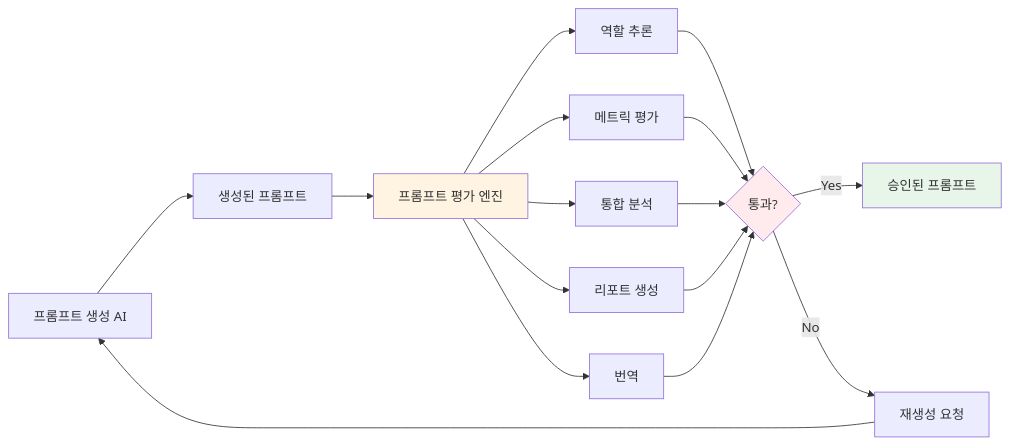
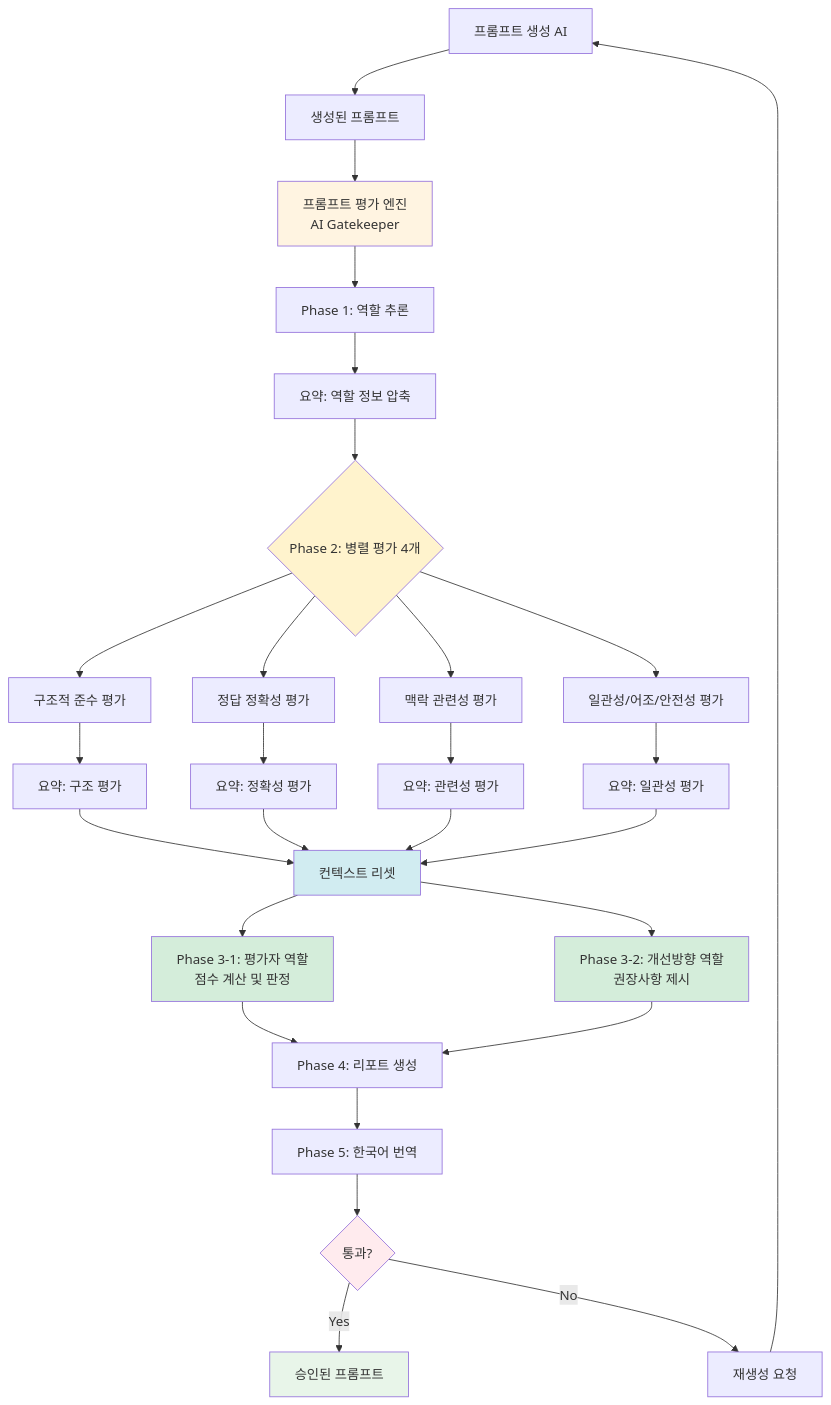
One commit to moobaek/Testing_AI_agents_for_public_use changed the eighth of 14 diagrams in portfolio/portfolio_docs/Architecture_Overview.md. Above: the diagram before and after it, drawn with Mermaid. The commit also changed other lines of this file and 48 other files, not shown here.

````diff
--- a/portfolio/portfolio_docs/Architecture_Overview.md
+++ b/portfolio/portfolio_docs/Architecture_Overview.md
@@ -876,24 +906,44 @@
 ```mermaid
-graph LR
+graph TB
     A[프롬프트 생성 AI] --> B[생성된 프롬프트]
-    B --> C[프롬프트 평가 엔진]
-    C --> D[역할 추론]
-    C --> E[메트릭 평가]
-    C --> F[통합 분석]
-    C --> G[리포트 생성]
-    C --> H[번역]
+    B --> C[프롬프트 평가 엔진<br/>AI Gatekeeper]
     
-    D --> I{통과?}
-    E --> I
-    F --> I
-    G --> I
-    H --> I
+    C --> D[Phase 1: 역할 추론]
+    D --> D1[요약: 역할 정보 압축]
     
-    I -->|Yes| J[승인된 프롬프트]
-    I -->|No| K[재생성 요청]
-    K --> A
+    D1 --> E{Phase 2: 병렬 평가 4개}
+    E --> E1[구조적 준수 평가]
+    E --> E2[정답 정확성 평가]
+    E --> E3[맥락 관련성 평가]
+    E --> E4[일관성/어조/안전성 평가]
+    
+    E1 --> F1[요약: 구조 평가]
+    E2 --> F2[요약: 정확성 평가]
+    E3 --> F3[요약: 관련성 평가]
+    E4 --> F4[요약: 일관성 평가]
+    
+    F1 --> G[컨텍스트 리셋]
+    F2 --> G
+    F3 --> G
+    F4 --> G
+    
+    G --> H[Phase 3-1: 평가자 역할<br/>점수 계산 및 판정]
+    G --> I[Phase 3-2: 개선방향 역할<br/>권장사항 제시]
+    
+    H --> J[Phase 4: 리포트 생성]
+    I --> J
+    J --> K[Phase 5: 한국어 번역]
+    K --> L{통과?}
+    
+    L -->|Yes| M[승인된 프롬프트]
+    L -->|No| N[재생성 요청]
+    N --> A
     
     style C fill:#fff4e1
-    style I fill:#ffebee
-    style J fill:#e8f5e9
+    style E fill:#fff3cd
+    style G fill:#d1ecf1
+    style H fill:#d4edda
+    style I fill:#d4edda
+    style L fill:#ffebee
+    style M fill:#e8f5e9
 ```
````
